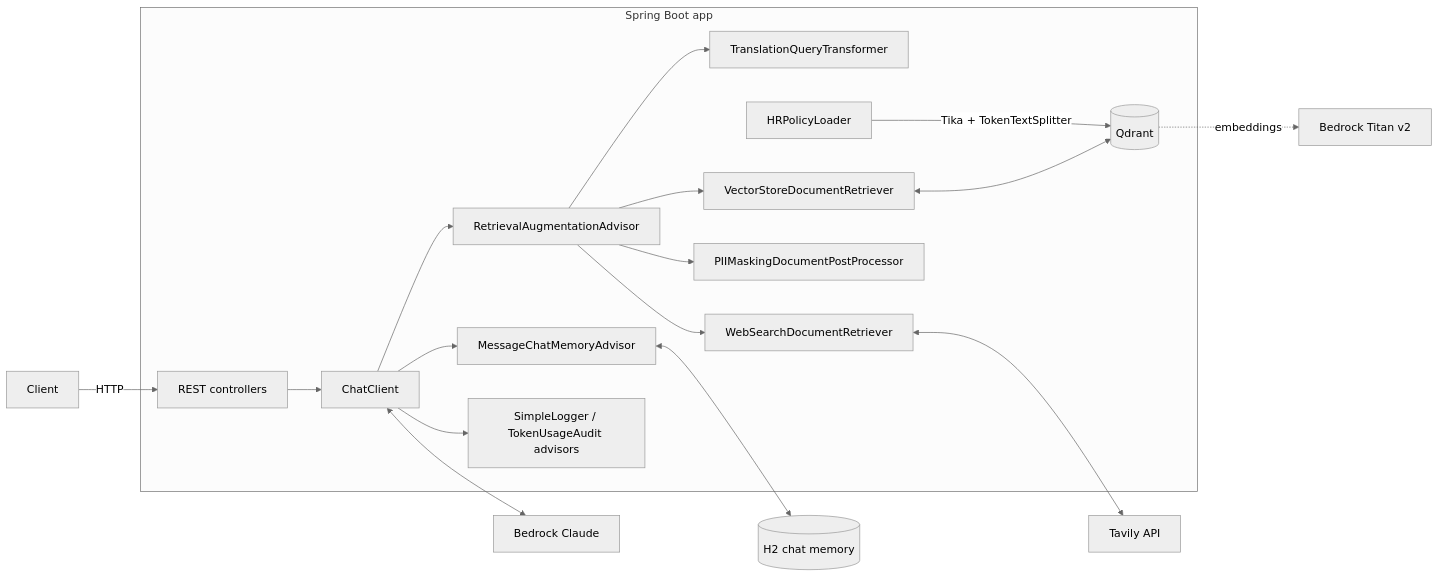
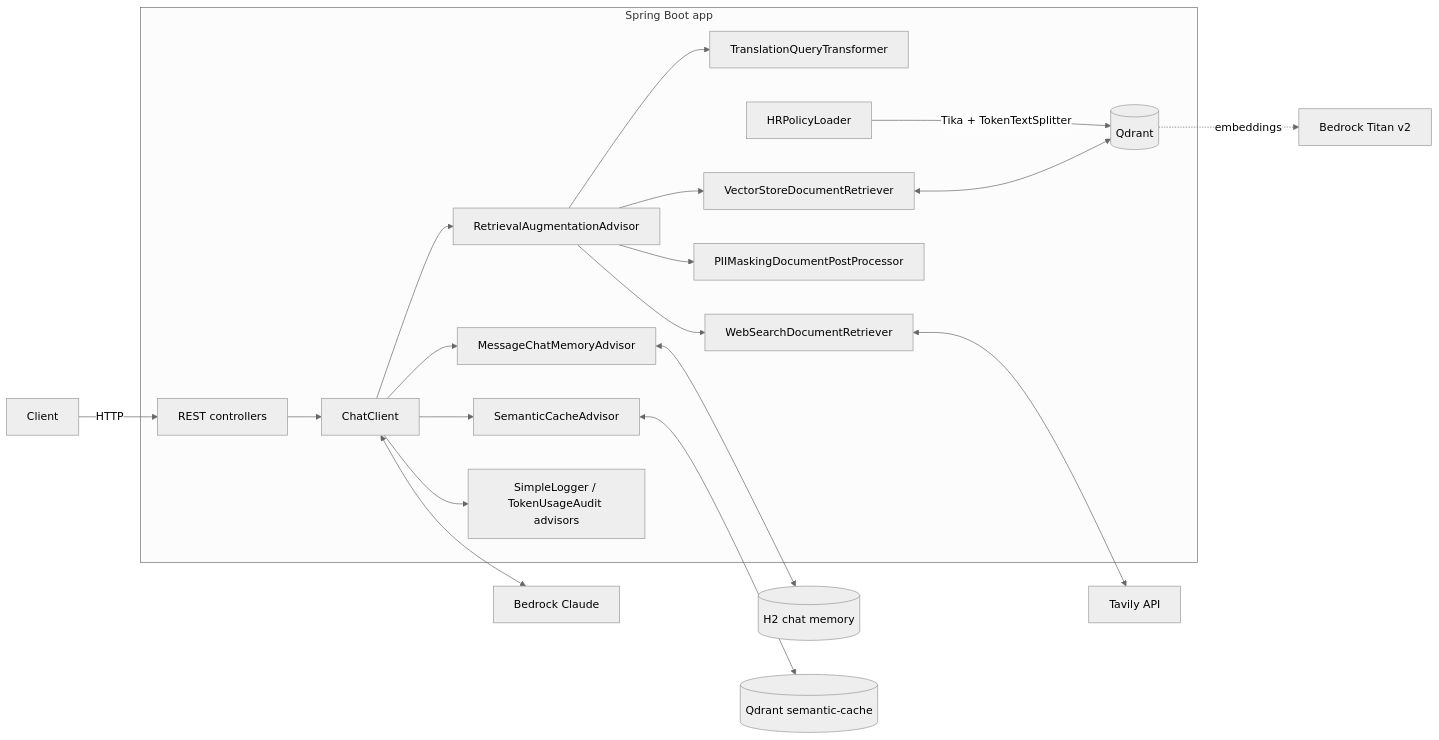
One commit to souissimehdi/spring-ia changed the diagram in README.md. Above: the diagram before and after it, drawn with Mermaid (neutral theme). The commit also changed other lines of this file, not shown here.

Commit message:
Document semantic caching and local credentials in the README

````diff
--- a/README.md
+++ b/README.md
@@ -62,22 +64,24 @@
 ```mermaid
 flowchart LR
     U[Client] -->|HTTP| C[REST controllers]
 
     subgraph Spring Boot app
         C --> CC[ChatClient]
+        CC --> A0[SemanticCacheAdvisor]
         CC --> A1[MessageChatMemoryAdvisor]
         CC --> A2[RetrievalAugmentationAdvisor]
         CC --> A3[SimpleLogger / TokenUsageAudit advisors]
         A2 --> T[TranslationQueryTransformer]
         A2 --> R[VectorStoreDocumentRetriever]
         A2 --> W[WebSearchDocumentRetriever]
         A2 --> P[PIIMaskingDocumentPostProcessor]
         L[HRPolicyLoader] -->|Tika + TokenTextSplitter| VS
     end
 
     A1 <--> H2[(H2 chat memory)]
     R <--> VS[(Qdrant)]
+    A0 <--> SC[(Qdrant semantic-cache)]
     VS -. embeddings .-> E[Bedrock Titan v2]
     W <--> TV[Tavily API]
     CC <--> B[Bedrock Claude]
 ```
````
